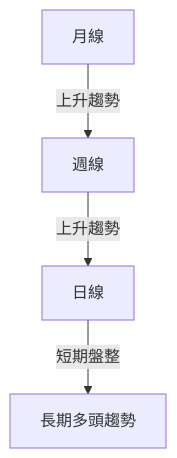
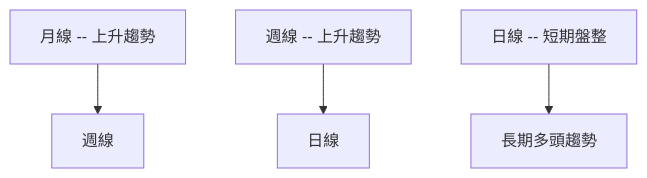
The second of 10 diagrams in ai_gen_report/stock/goog/technical_analysis_2026-04-09_openai.md (yennanliu/finance_data), drawn with Mermaid before and after one commit. The commit also changed other lines of this file and 2258 other files, not shown here.

First line of the commit message:
chore: backfill Mermaid syntax repair across existing reports

````diff
--- a/ai_gen_report/stock/goog/technical_analysis_2026-04-09_openai.md
+++ b/ai_gen_report/stock/goog/technical_analysis_2026-04-09_openai.md
@@ -90,7 +90,7 @@
 ```mermaid
 graph TD
-    月線 -- 上升趨勢 --> 週線
-    週線 -- 上升趨勢 --> 日線
-    日線 -- 短期盤整 --> 結論
-    結論[長期多頭趨勢]
+    nb1["月線 -- 上升趨勢"] --> 週線
+    nb2["週線 -- 上升趨勢"] --> 日線
+    nb3["日線 -- 短期盤整"] --> 結論
+    結論["長期多頭趨勢"]
 ```
````
